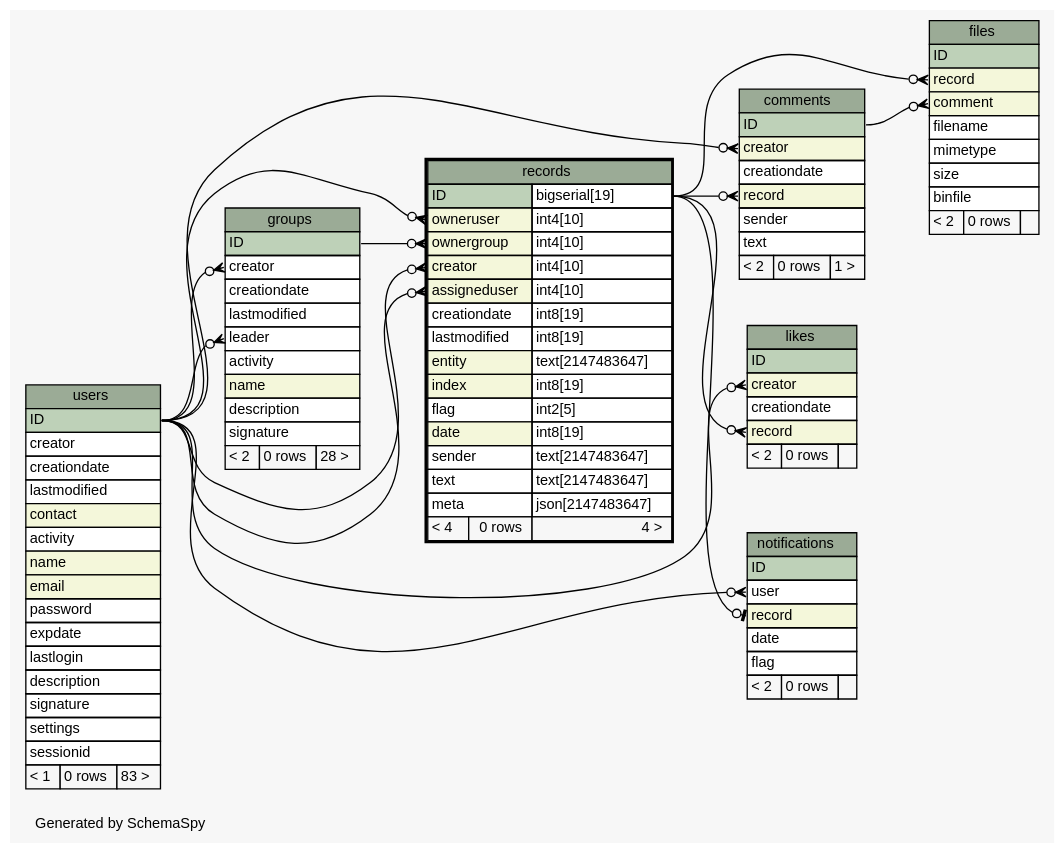
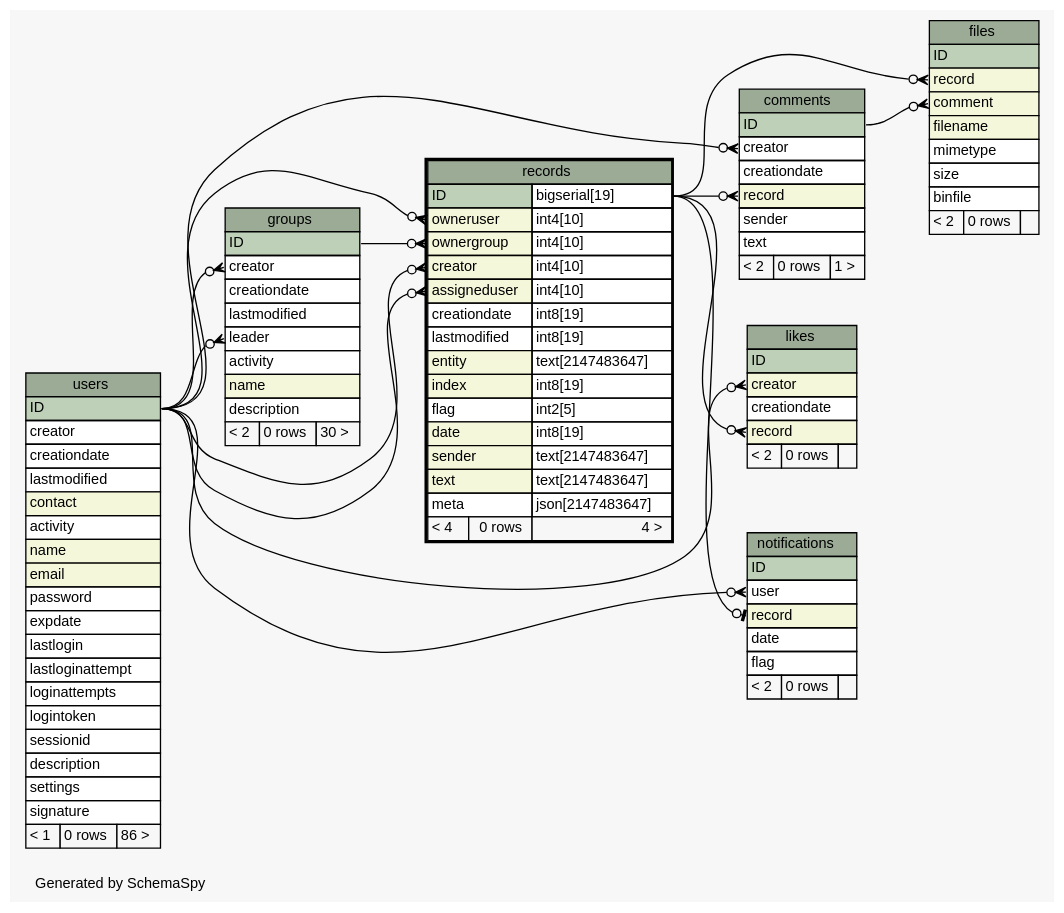
One commit to zeyosinc/zeyos-schema changed the diagram in diagrams/records.1degree.dot. Above: the diagram before and after it, drawn with Graphviz. The commit also changed 314 other files, not shown here.

```diff
--- a/diagrams/records.1degree.dot
+++ b/diagrams/records.1degree.dot
@@ -1,159 +1,161 @@
-// dot 2.38.0 on Windows 8.1 6.3
+// dot 2.38.0 on Mac OS X 10.11.2
 // SchemaSpy rev 590
 digraph "oneDegreeRelationshipsDiagram" {
   graph [
     rankdir="RL"
     bgcolor="#f7f7f7"
     label="\nGenerated by SchemaSpy"
     labeljust="l"
     nodesep="0.18"
     ranksep="0.46"
     fontname="Helvetica"
     fontsize="11"
   ];
   node [
     fontname="Helvetica"
     fontsize="11"
     shape="plaintext"
   ];
   edge [
     arrowsize="0.8"
   ];
   "comments":"creator":w -> "users":"ID":e [arrowhead=none dir=back arrowtail=crowodot];
   "comments":"record":w -> "records":"ID.type":e [arrowhead=none dir=back arrowtail=crowodot];
   "files":"comment":w -> "comments":"ID":e [arrowhead=none dir=back arrowtail=crowodot];
   "files":"record":w -> "records":"ID.type":e [arrowhead=none dir=back arrowtail=crowodot];
   "groups":"creator":w -> "users":"ID":e [arrowhead=none dir=back arrowtail=crowodot];
   "groups":"leader":w -> "users":"ID":e [arrowhead=none dir=back arrowtail=crowodot];
   "likes":"creator":w -> "users":"ID":e [arrowhead=none dir=back arrowtail=crowodot];
   "likes":"record":w -> "records":"ID.type":e [arrowhead=none dir=back arrowtail=crowodot];
   "notifications":"record":w -> "records":"ID.type":e [arrowhead=none dir=back arrowtail=teeodot];
   "notifications":"user":w -> "users":"ID":e [arrowhead=none dir=back arrowtail=crowodot];
   "records":"assigneduser":w -> "users":"ID":e [arrowhead=none dir=back arrowtail=crowodot];
   "records":"creator":w -> "users":"ID":e [arrowhead=none dir=back arrowtail=crowodot];
   "records":"ownergroup":w -> "groups":"ID":e [arrowhead=none dir=back arrowtail=crowodot];
   "records":"owneruser":w -> "users":"ID":e [arrowhead=none dir=back arrowtail=crowodot];
   "comments" [
     label=<
     <TABLE BORDER="0" CELLBORDER="1" CELLSPACING="0" BGCOLOR="#ffffff">
       <TR><TD COLSPAN="3" BGCOLOR="#9bab96" ALIGN="CENTER">comments</TD></TR>
       <TR><TD PORT="ID" COLSPAN="3" BGCOLOR="#bed1b8" ALIGN="LEFT">ID</TD></TR>
-      <TR><TD PORT="creator" COLSPAN="3" BGCOLOR="#f4f7da" ALIGN="LEFT">creator</TD></TR>
+      <TR><TD PORT="creator" COLSPAN="3" ALIGN="LEFT">creator</TD></TR>
       <TR><TD PORT="creationdate" COLSPAN="3" ALIGN="LEFT">creationdate</TD></TR>
       <TR><TD PORT="record" COLSPAN="3" BGCOLOR="#f4f7da" ALIGN="LEFT">record</TD></TR>
       <TR><TD PORT="sender" COLSPAN="3" ALIGN="LEFT">sender</TD></TR>
       <TR><TD PORT="text" COLSPAN="3" ALIGN="LEFT">text</TD></TR>
       <TR><TD ALIGN="LEFT" BGCOLOR="#f7f7f7">&lt; 2</TD><TD ALIGN="RIGHT" BGCOLOR="#f7f7f7">0 rows</TD><TD ALIGN="RIGHT" BGCOLOR="#f7f7f7">1 &gt;</TD></TR>
     </TABLE>>
     URL="comments.html"
     tooltip="comments"
   ];
   "files" [
     label=<
     <TABLE BORDER="0" CELLBORDER="1" CELLSPACING="0" BGCOLOR="#ffffff">
       <TR><TD COLSPAN="3" BGCOLOR="#9bab96" ALIGN="CENTER">files</TD></TR>
       <TR><TD PORT="ID" COLSPAN="3" BGCOLOR="#bed1b8" ALIGN="LEFT">ID</TD></TR>
       <TR><TD PORT="record" COLSPAN="3" BGCOLOR="#f4f7da" ALIGN="LEFT">record</TD></TR>
       <TR><TD PORT="comment" COLSPAN="3" BGCOLOR="#f4f7da" ALIGN="LEFT">comment</TD></TR>
-      <TR><TD PORT="filename" COLSPAN="3" ALIGN="LEFT">filename</TD></TR>
+      <TR><TD PORT="filename" COLSPAN="3" BGCOLOR="#f4f7da" ALIGN="LEFT">filename</TD></TR>
       <TR><TD PORT="mimetype" COLSPAN="3" ALIGN="LEFT">mimetype</TD></TR>
       <TR><TD PORT="size" COLSPAN="3" ALIGN="LEFT">size</TD></TR>
       <TR><TD PORT="binfile" COLSPAN="3" ALIGN="LEFT">binfile</TD></TR>
       <TR><TD ALIGN="LEFT" BGCOLOR="#f7f7f7">&lt; 2</TD><TD ALIGN="RIGHT" BGCOLOR="#f7f7f7">0 rows</TD><TD ALIGN="RIGHT" BGCOLOR="#f7f7f7">  </TD></TR>
     </TABLE>>
     URL="files.html"
     tooltip="files"
   ];
   "groups" [
     label=<
     <TABLE BORDER="0" CELLBORDER="1" CELLSPACING="0" BGCOLOR="#ffffff">
       <TR><TD COLSPAN="3" BGCOLOR="#9bab96" ALIGN="CENTER">groups</TD></TR>
       <TR><TD PORT="ID" COLSPAN="3" BGCOLOR="#bed1b8" ALIGN="LEFT">ID</TD></TR>
       <TR><TD PORT="creator" COLSPAN="3" ALIGN="LEFT">creator</TD></TR>
       <TR><TD PORT="creationdate" COLSPAN="3" ALIGN="LEFT">creationdate</TD></TR>
       <TR><TD PORT="lastmodified" COLSPAN="3" ALIGN="LEFT">lastmodified</TD></TR>
       <TR><TD PORT="leader" COLSPAN="3" ALIGN="LEFT">leader</TD></TR>
       <TR><TD PORT="activity" COLSPAN="3" ALIGN="LEFT">activity</TD></TR>
       <TR><TD PORT="name" COLSPAN="3" BGCOLOR="#f4f7da" ALIGN="LEFT">name</TD></TR>
       <TR><TD PORT="description" COLSPAN="3" ALIGN="LEFT">description</TD></TR>
-      <TR><TD PORT="signature" COLSPAN="3" ALIGN="LEFT">signature</TD></TR>
-      <TR><TD ALIGN="LEFT" BGCOLOR="#f7f7f7">&lt; 2</TD><TD ALIGN="RIGHT" BGCOLOR="#f7f7f7">0 rows</TD><TD ALIGN="RIGHT" BGCOLOR="#f7f7f7">28 &gt;</TD></TR>
+      <TR><TD ALIGN="LEFT" BGCOLOR="#f7f7f7">&lt; 2</TD><TD ALIGN="RIGHT" BGCOLOR="#f7f7f7">0 rows</TD><TD ALIGN="RIGHT" BGCOLOR="#f7f7f7">30 &gt;</TD></TR>
     </TABLE>>
     URL="groups.html"
     tooltip="groups"
   ];
   "likes" [
     label=<
     <TABLE BORDER="0" CELLBORDER="1" CELLSPACING="0" BGCOLOR="#ffffff">
       <TR><TD COLSPAN="3" BGCOLOR="#9bab96" ALIGN="CENTER">likes</TD></TR>
       <TR><TD PORT="ID" COLSPAN="3" BGCOLOR="#bed1b8" ALIGN="LEFT">ID</TD></TR>
       <TR><TD PORT="creator" COLSPAN="3" BGCOLOR="#f4f7da" ALIGN="LEFT">creator</TD></TR>
       <TR><TD PORT="creationdate" COLSPAN="3" ALIGN="LEFT">creationdate</TD></TR>
       <TR><TD PORT="record" COLSPAN="3" BGCOLOR="#f4f7da" ALIGN="LEFT">record</TD></TR>
       <TR><TD ALIGN="LEFT" BGCOLOR="#f7f7f7">&lt; 2</TD><TD ALIGN="RIGHT" BGCOLOR="#f7f7f7">0 rows</TD><TD ALIGN="RIGHT" BGCOLOR="#f7f7f7">  </TD></TR>
     </TABLE>>
     URL="likes.html"
     tooltip="likes"
   ];
   "notifications" [
     label=<
     <TABLE BORDER="0" CELLBORDER="1" CELLSPACING="0" BGCOLOR="#ffffff">
       <TR><TD COLSPAN="3" BGCOLOR="#9bab96" ALIGN="CENTER">notifications</TD></TR>
       <TR><TD PORT="ID" COLSPAN="3" BGCOLOR="#bed1b8" ALIGN="LEFT">ID</TD></TR>
       <TR><TD PORT="user" COLSPAN="3" ALIGN="LEFT">user</TD></TR>
       <TR><TD PORT="record" COLSPAN="3" BGCOLOR="#f4f7da" ALIGN="LEFT">record</TD></TR>
       <TR><TD PORT="date" COLSPAN="3" ALIGN="LEFT">date</TD></TR>
       <TR><TD PORT="flag" COLSPAN="3" ALIGN="LEFT">flag</TD></TR>
       <TR><TD ALIGN="LEFT" BGCOLOR="#f7f7f7">&lt; 2</TD><TD ALIGN="RIGHT" BGCOLOR="#f7f7f7">0 rows</TD><TD ALIGN="RIGHT" BGCOLOR="#f7f7f7">  </TD></TR>
     </TABLE>>
     URL="notifications.html"
     tooltip="notifications"
   ];
   "records" [
     label=<
     <TABLE BORDER="2" CELLBORDER="1" CELLSPACING="0" BGCOLOR="#ffffff">
       <TR><TD COLSPAN="3" BGCOLOR="#9bab96" ALIGN="CENTER">records</TD></TR>
       <TR><TD PORT="ID" COLSPAN="2" BGCOLOR="#bed1b8" ALIGN="LEFT">ID</TD><TD PORT="ID.type" ALIGN="LEFT">bigserial[19]</TD></TR>
       <TR><TD PORT="owneruser" COLSPAN="2" BGCOLOR="#f4f7da" ALIGN="LEFT">owneruser</TD><TD PORT="owneruser.type" ALIGN="LEFT">int4[10]</TD></TR>
       <TR><TD PORT="ownergroup" COLSPAN="2" BGCOLOR="#f4f7da" ALIGN="LEFT">ownergroup</TD><TD PORT="ownergroup.type" ALIGN="LEFT">int4[10]</TD></TR>
       <TR><TD PORT="creator" COLSPAN="2" BGCOLOR="#f4f7da" ALIGN="LEFT">creator</TD><TD PORT="creator.type" ALIGN="LEFT">int4[10]</TD></TR>
       <TR><TD PORT="assigneduser" COLSPAN="2" BGCOLOR="#f4f7da" ALIGN="LEFT">assigneduser</TD><TD PORT="assigneduser.type" ALIGN="LEFT">int4[10]</TD></TR>
       <TR><TD PORT="creationdate" COLSPAN="2" ALIGN="LEFT">creationdate</TD><TD PORT="creationdate.type" ALIGN="LEFT">int8[19]</TD></TR>
       <TR><TD PORT="lastmodified" COLSPAN="2" ALIGN="LEFT">lastmodified</TD><TD PORT="lastmodified.type" ALIGN="LEFT">int8[19]</TD></TR>
       <TR><TD PORT="entity" COLSPAN="2" BGCOLOR="#f4f7da" ALIGN="LEFT">entity</TD><TD PORT="entity.type" ALIGN="LEFT">text[2147483647]</TD></TR>
       <TR><TD PORT="index" COLSPAN="2" BGCOLOR="#f4f7da" ALIGN="LEFT">index</TD><TD PORT="index.type" ALIGN="LEFT">int8[19]</TD></TR>
       <TR><TD PORT="flag" COLSPAN="2" ALIGN="LEFT">flag</TD><TD PORT="flag.type" ALIGN="LEFT">int2[5]</TD></TR>
       <TR><TD PORT="date" COLSPAN="2" BGCOLOR="#f4f7da" ALIGN="LEFT">date</TD><TD PORT="date.type" ALIGN="LEFT">int8[19]</TD></TR>
-      <TR><TD PORT="sender" COLSPAN="2" ALIGN="LEFT">sender</TD><TD PORT="sender.type" ALIGN="LEFT">text[2147483647]</TD></TR>
-      <TR><TD PORT="text" COLSPAN="2" ALIGN="LEFT">text</TD><TD PORT="text.type" ALIGN="LEFT">text[2147483647]</TD></TR>
+      <TR><TD PORT="sender" COLSPAN="2" BGCOLOR="#f4f7da" ALIGN="LEFT">sender</TD><TD PORT="sender.type" ALIGN="LEFT">text[2147483647]</TD></TR>
+      <TR><TD PORT="text" COLSPAN="2" BGCOLOR="#f4f7da" ALIGN="LEFT">text</TD><TD PORT="text.type" ALIGN="LEFT">text[2147483647]</TD></TR>
       <TR><TD PORT="meta" COLSPAN="2" ALIGN="LEFT">meta</TD><TD PORT="meta.type" ALIGN="LEFT">json[2147483647]</TD></TR>
       <TR><TD ALIGN="LEFT" BGCOLOR="#f7f7f7">&lt; 4</TD><TD ALIGN="RIGHT" BGCOLOR="#f7f7f7">0 rows</TD><TD ALIGN="RIGHT" BGCOLOR="#f7f7f7">4 &gt;</TD></TR>
     </TABLE>>
     URL="records.html"
     tooltip="records"
   ];
   "users" [
     label=<
     <TABLE BORDER="0" CELLBORDER="1" CELLSPACING="0" BGCOLOR="#ffffff">
       <TR><TD COLSPAN="3" BGCOLOR="#9bab96" ALIGN="CENTER">users</TD></TR>
       <TR><TD PORT="ID" COLSPAN="3" BGCOLOR="#bed1b8" ALIGN="LEFT">ID</TD></TR>
       <TR><TD PORT="creator" COLSPAN="3" ALIGN="LEFT">creator</TD></TR>
       <TR><TD PORT="creationdate" COLSPAN="3" ALIGN="LEFT">creationdate</TD></TR>
       <TR><TD PORT="lastmodified" COLSPAN="3" ALIGN="LEFT">lastmodified</TD></TR>
       <TR><TD PORT="contact" COLSPAN="3" BGCOLOR="#f4f7da" ALIGN="LEFT">contact</TD></TR>
       <TR><TD PORT="activity" COLSPAN="3" ALIGN="LEFT">activity</TD></TR>
       <TR><TD PORT="name" COLSPAN="3" BGCOLOR="#f4f7da" ALIGN="LEFT">name</TD></TR>
       <TR><TD PORT="email" COLSPAN="3" BGCOLOR="#f4f7da" ALIGN="LEFT">email</TD></TR>
       <TR><TD PORT="password" COLSPAN="3" ALIGN="LEFT">password</TD></TR>
       <TR><TD PORT="expdate" COLSPAN="3" ALIGN="LEFT">expdate</TD></TR>
       <TR><TD PORT="lastlogin" COLSPAN="3" ALIGN="LEFT">lastlogin</TD></TR>
+      <TR><TD PORT="lastloginattempt" COLSPAN="3" ALIGN="LEFT">lastloginattempt</TD></TR>
+      <TR><TD PORT="loginattempts" COLSPAN="3" ALIGN="LEFT">loginattempts</TD></TR>
+      <TR><TD PORT="logintoken" COLSPAN="3" ALIGN="LEFT">logintoken</TD></TR>
+      <TR><TD PORT="sessionid" COLSPAN="3" ALIGN="LEFT">sessionid</TD></TR>
       <TR><TD PORT="description" COLSPAN="3" ALIGN="LEFT">description</TD></TR>
+      <TR><TD PORT="settings" COLSPAN="3" ALIGN="LEFT">settings</TD></TR>
       <TR><TD PORT="signature" COLSPAN="3" ALIGN="LEFT">signature</TD></TR>
-      <TR><TD PORT="settings" COLSPAN="3" ALIGN="LEFT">settings</TD></TR>
-      <TR><TD PORT="sessionid" COLSPAN="3" ALIGN="LEFT">sessionid</TD></TR>
-      <TR><TD ALIGN="LEFT" BGCOLOR="#f7f7f7">&lt; 1</TD><TD ALIGN="RIGHT" BGCOLOR="#f7f7f7">0 rows</TD><TD ALIGN="RIGHT" BGCOLOR="#f7f7f7">83 &gt;</TD></TR>
+      <TR><TD ALIGN="LEFT" BGCOLOR="#f7f7f7">&lt; 1</TD><TD ALIGN="RIGHT" BGCOLOR="#f7f7f7">0 rows</TD><TD ALIGN="RIGHT" BGCOLOR="#f7f7f7">86 &gt;</TD></TR>
     </TABLE>>
     URL="users.html"
     tooltip="users"
   ];
 }
```
